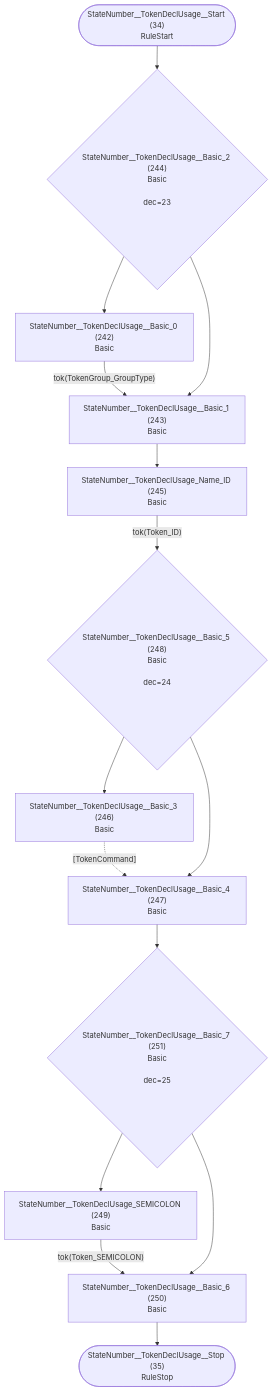
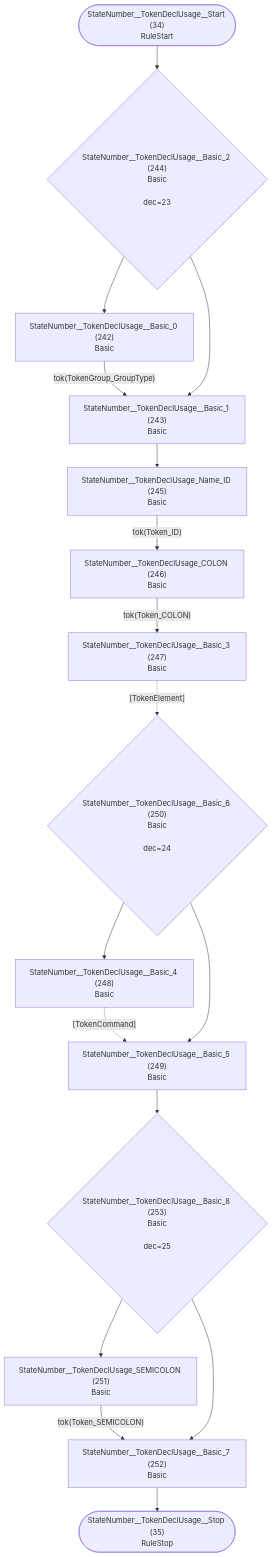
One commit to TypeFox/fastbelt changed diagram 18 of 36 in internal/grammar/atn.md. Above: the diagram before and after it, drawn with Mermaid. The commit also changed other lines of this file and 11 other files, not shown here.

````diff
--- a/internal/grammar/atn.md
+++ b/internal/grammar/atn.md
@@ -549,30 +549,34 @@
 ```mermaid
 flowchart TD
     q34(["StateNumber__TokenDeclUsage__Start (34)<br/>RuleStart"])
     q35(["StateNumber__TokenDeclUsage__Stop (35)<br/>RuleStop"])
     q242["StateNumber__TokenDeclUsage__Basic_0 (242)<br/>Basic<br/>"]
     q243["StateNumber__TokenDeclUsage__Basic_1 (243)<br/>Basic<br/>"]
     q244{"StateNumber__TokenDeclUsage__Basic_2 (244)<br/>Basic<br/><br/>dec=23"}
     q245["StateNumber__TokenDeclUsage_Name_ID (245)<br/>Basic<br/>"]
-    q246["StateNumber__TokenDeclUsage__Basic_3 (246)<br/>Basic<br/>"]
-    q247["StateNumber__TokenDeclUsage__Basic_4 (247)<br/>Basic<br/>"]
-    q248{"StateNumber__TokenDeclUsage__Basic_5 (248)<br/>Basic<br/><br/>dec=24"}
-    q249["StateNumber__TokenDeclUsage_SEMICOLON (249)<br/>Basic<br/>"]
-    q250["StateNumber__TokenDeclUsage__Basic_6 (250)<br/>Basic<br/>"]
-    q251{"StateNumber__TokenDeclUsage__Basic_7 (251)<br/>Basic<br/><br/>dec=25"}
+    q246["StateNumber__TokenDeclUsage_COLON (246)<br/>Basic<br/>"]
+    q247["StateNumber__TokenDeclUsage__Basic_3 (247)<br/>Basic<br/>"]
+    q248["StateNumber__TokenDeclUsage__Basic_4 (248)<br/>Basic<br/>"]
+    q249["StateNumber__TokenDeclUsage__Basic_5 (249)<br/>Basic<br/>"]
+    q250{"StateNumber__TokenDeclUsage__Basic_6 (250)<br/>Basic<br/><br/>dec=24"}
+    q251["StateNumber__TokenDeclUsage_SEMICOLON (251)<br/>Basic<br/>"]
+    q252["StateNumber__TokenDeclUsage__Basic_7 (252)<br/>Basic<br/>"]
+    q253{"StateNumber__TokenDeclUsage__Basic_8 (253)<br/>Basic<br/><br/>dec=25"}
 
     q34 --> q244
     q242 -->|"tok(TokenGroup_GroupType)"| q243
     q243 --> q245
     q244 --> q242
     q244 --> q243
-    q245 -->|"tok(Token_ID)"| q248
-    q246 -.->|"[TokenCommand]"| q247
-    q247 --> q251
-    q248 --> q246
-    q248 --> q247
-    q249 -->|"tok(Token_SEMICOLON)"| q250
-    q250 --> q35
-    q251 --> q249
-    q251 --> q250
+    q245 -->|"tok(Token_ID)"| q246
+    q246 -->|"tok(Token_COLON)"| q247
+    q247 -.->|"[TokenElement]"| q250
+    q248 -.->|"[TokenCommand]"| q249
+    q249 --> q253
+    q250 --> q248
+    q250 --> q249
+    q251 -->|"tok(Token_SEMICOLON)"| q252
+    q252 --> q35
+    q253 --> q251
+    q253 --> q252
 ```
````
